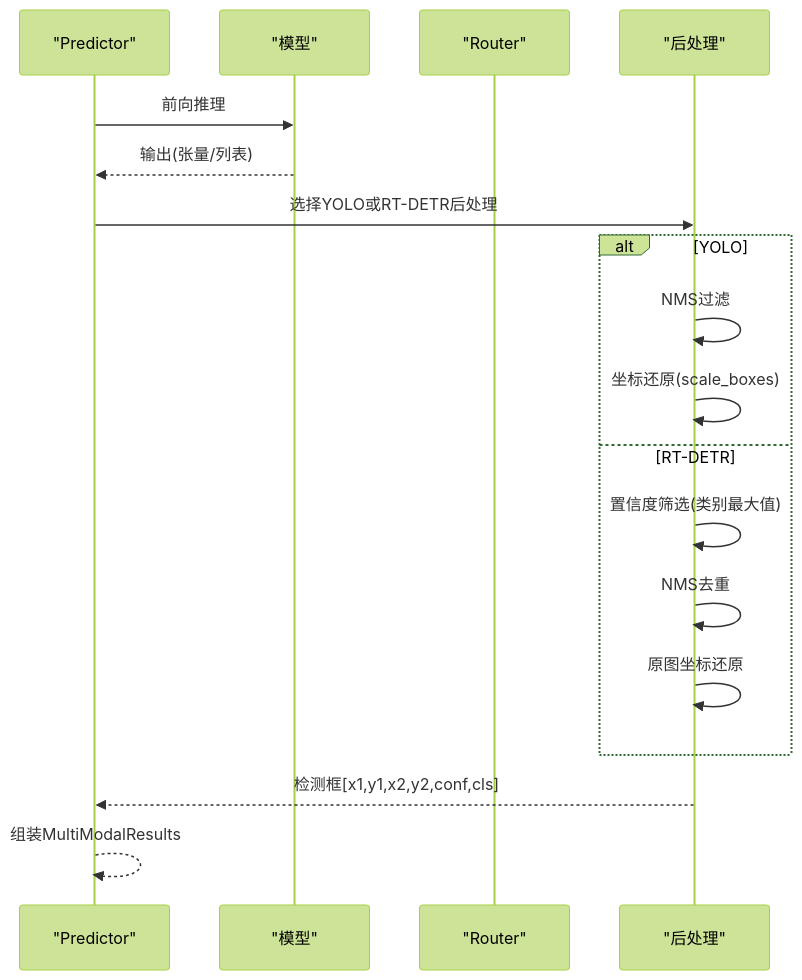
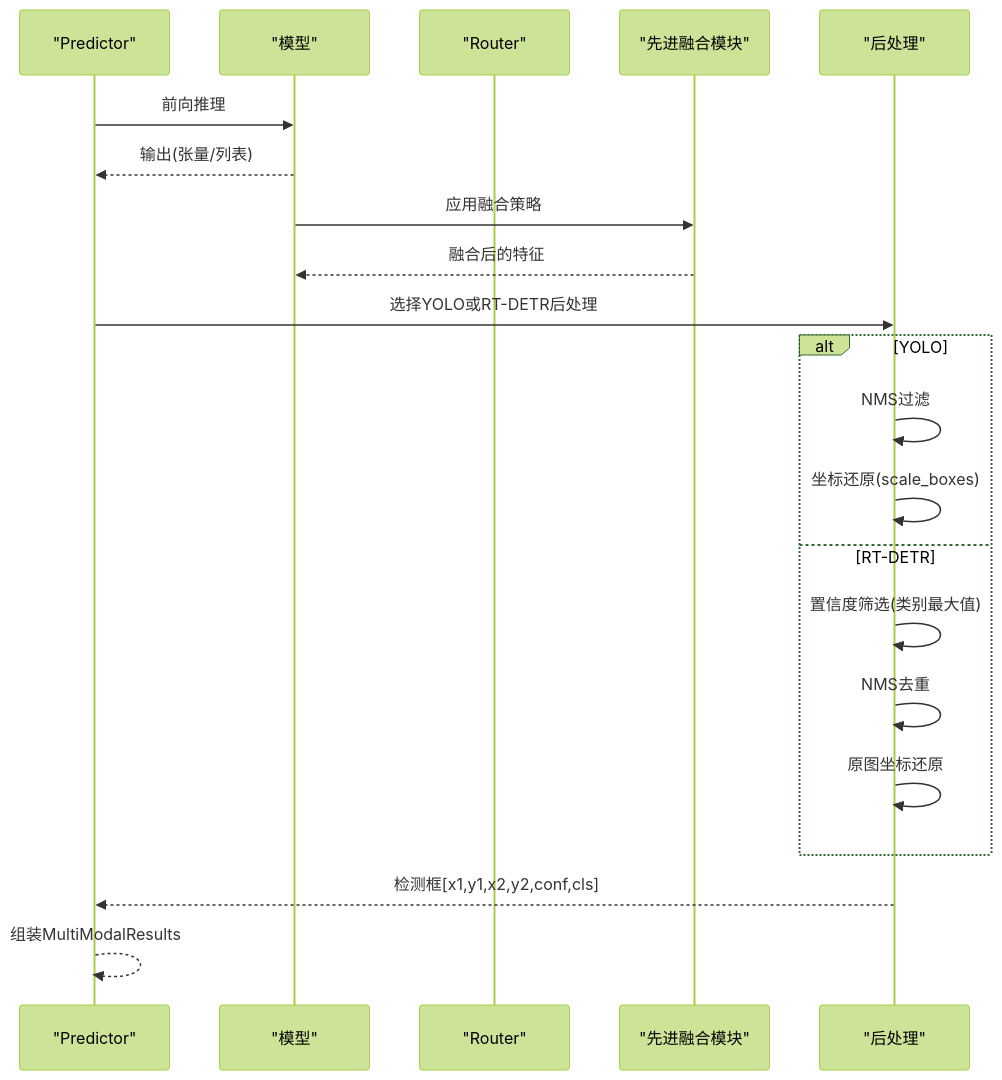
The sixth of 7 diagrams in .qoder/repowiki/zh/content/核心概念与理论基础/多模态融合理论基础.md (2208754827/MM-IMPROVE), drawn with Mermaid (forest theme) before and after one commit. The commit also changed other lines of this file and 151 other files, not shown here.

````diff
--- a/.qoder/repowiki/zh/content/核心概念与理论基础/多模态融合理论基础.md
+++ b/.qoder/repowiki/zh/content/核心概念与理论基础/多模态融合理论基础.md
@@ -229,20 +264,23 @@
 ```mermaid
 sequenceDiagram
 participant P as "Predictor"
 participant M as "模型"
 participant R as "Router"
+participant AFM as "先进融合模块"
 participant PP as "后处理"
 P->>M : 前向推理
 M-->>P : 输出(张量/列表)
+M->>AFM : 应用融合策略
+AFM-->>M : 融合后的特征
 P->>PP : 选择YOLO或RT-DETR后处理
 alt YOLO
 PP->>PP : NMS过滤
 PP->>PP : 坐标还原(scale_boxes)
 else RT-DETR
 PP->>PP : 置信度筛选(类别最大值)
 PP->>PP : NMS去重
 PP->>PP : 原图坐标还原
 end
 PP-->>P : 检测框[x1,y1,x2,y2,conf,cls]
 P-->>P : 组装MultiModalResults
 ```
````
